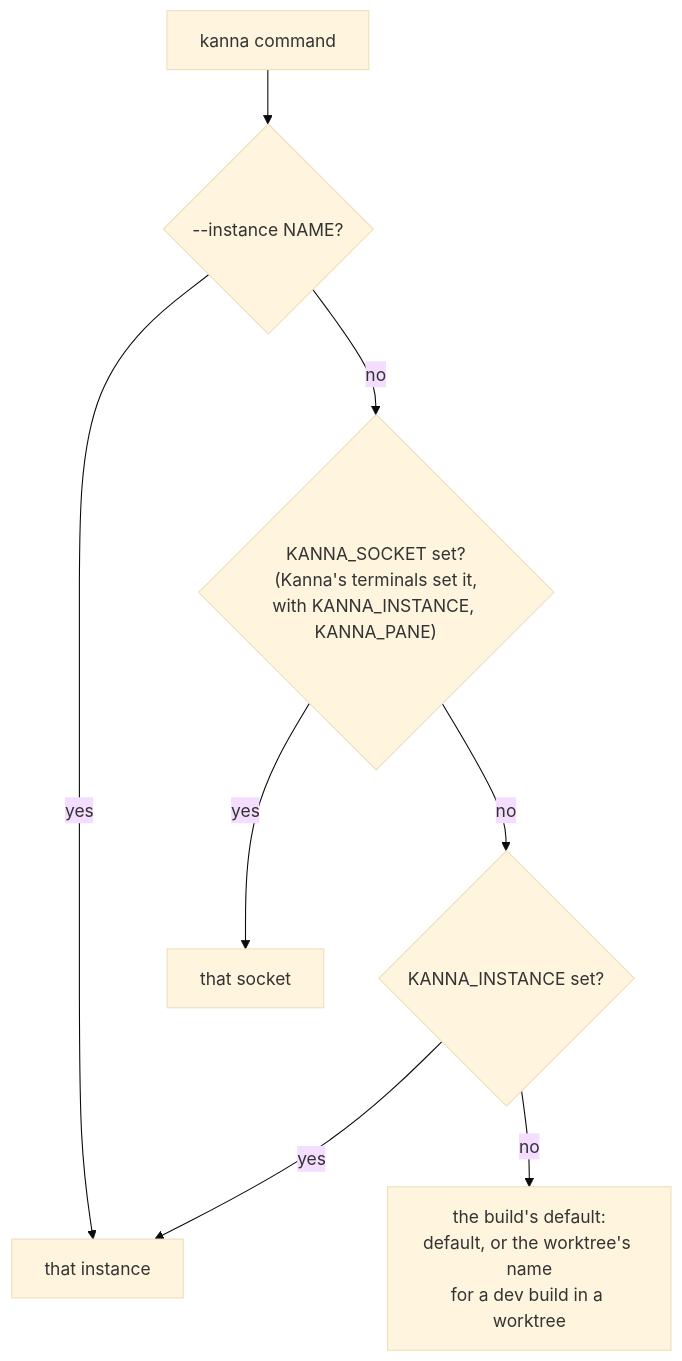
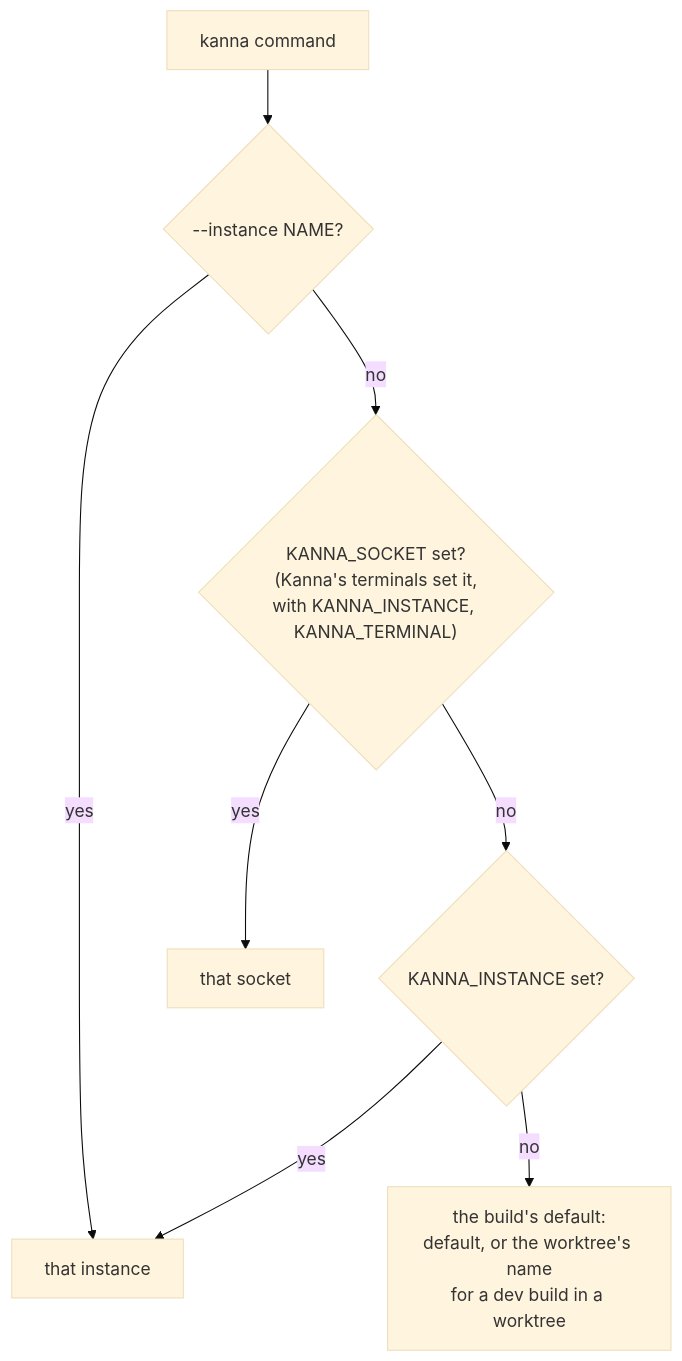
One commit to tampopogk/kanna changed the diagram in docs/specs/instances.md. Above: the diagram before and after it, drawn with Mermaid (base theme). The commit also changed 43 other files, not shown here.

````diff
--- a/docs/specs/instances.md
+++ b/docs/specs/instances.md
@@ -31,10 +31,10 @@
 ```mermaid
 flowchart TD
     A["kanna command"] --> B{"--instance NAME?"}
     B -- yes --> Z["that instance"]
-    B -- no --> C{"KANNA_SOCKET set?<br/>(Kanna's terminals set it,<br/>with KANNA_INSTANCE, KANNA_PANE)"}
+    B -- no --> C{"KANNA_SOCKET set?<br/>(Kanna's terminals set it,<br/>with KANNA_INSTANCE, KANNA_TERMINAL)"}
     C -- yes --> S["that socket"]
     C -- no --> D{"KANNA_INSTANCE set?"}
     D -- yes --> Z
     D -- no --> E["the build's default:<br/>default, or the worktree's name<br/>for a dev build in a worktree"]
 ```
````
